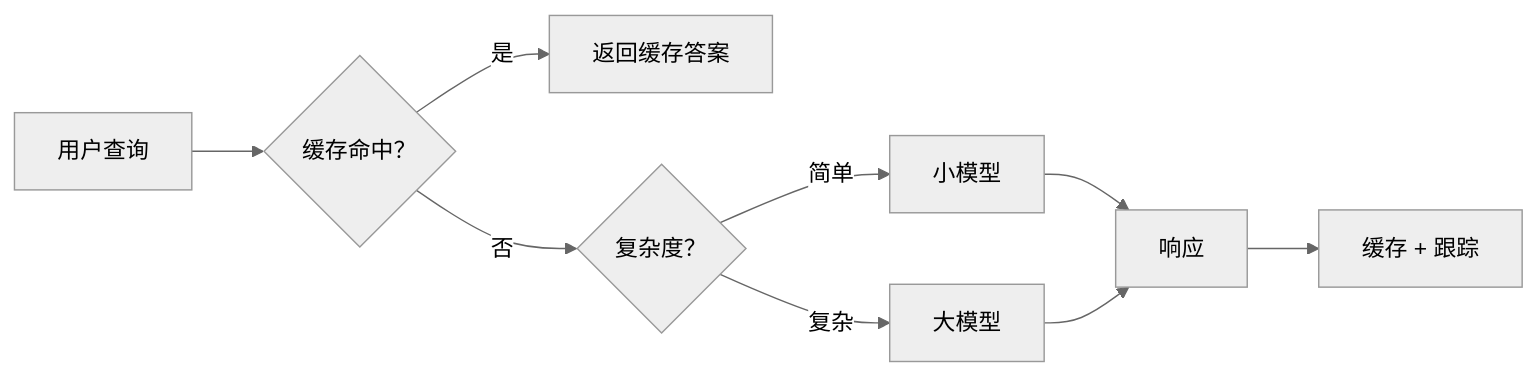
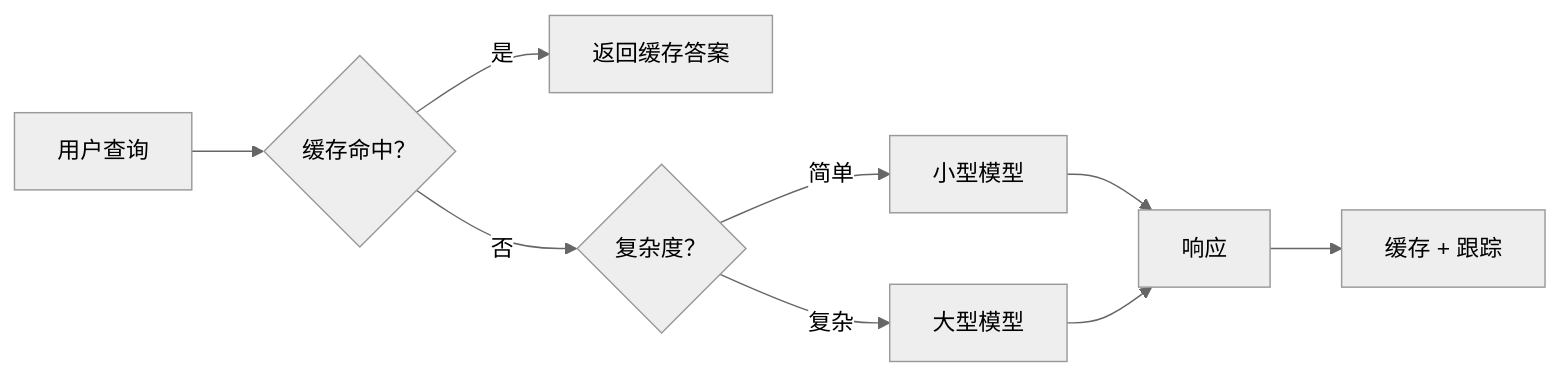
One commit to microsoft/ai-agents-for-beginners changed the third of 4 diagrams in translations/zh-CN/16-deploying-scalable-agents/README.md. Above: the diagram before and after it, drawn with Mermaid (neutral theme). The commit also changed other lines of this file and 47 other files, not shown here.

````diff
--- a/translations/zh-CN/16-deploying-scalable-agents/README.md
+++ b/translations/zh-CN/16-deploying-scalable-agents/README.md
@@ -134,11 +134,11 @@
 ```mermaid
 flowchart LR
     Q[用户查询] --> C{缓存命中？}
     C -->|是| R[返回缓存答案]
     C -->|否| Router{复杂度？}
-    Router -->|简单| SLM[小模型]
-    Router -->|复杂| LLM[大模型]
+    Router -->|简单| SLM[小型模型]
+    Router -->|复杂| LLM[大型模型]
     SLM --> Out[响应]
     LLM --> Out
     Out --> Store[缓存 + 跟踪]
 ```
````
